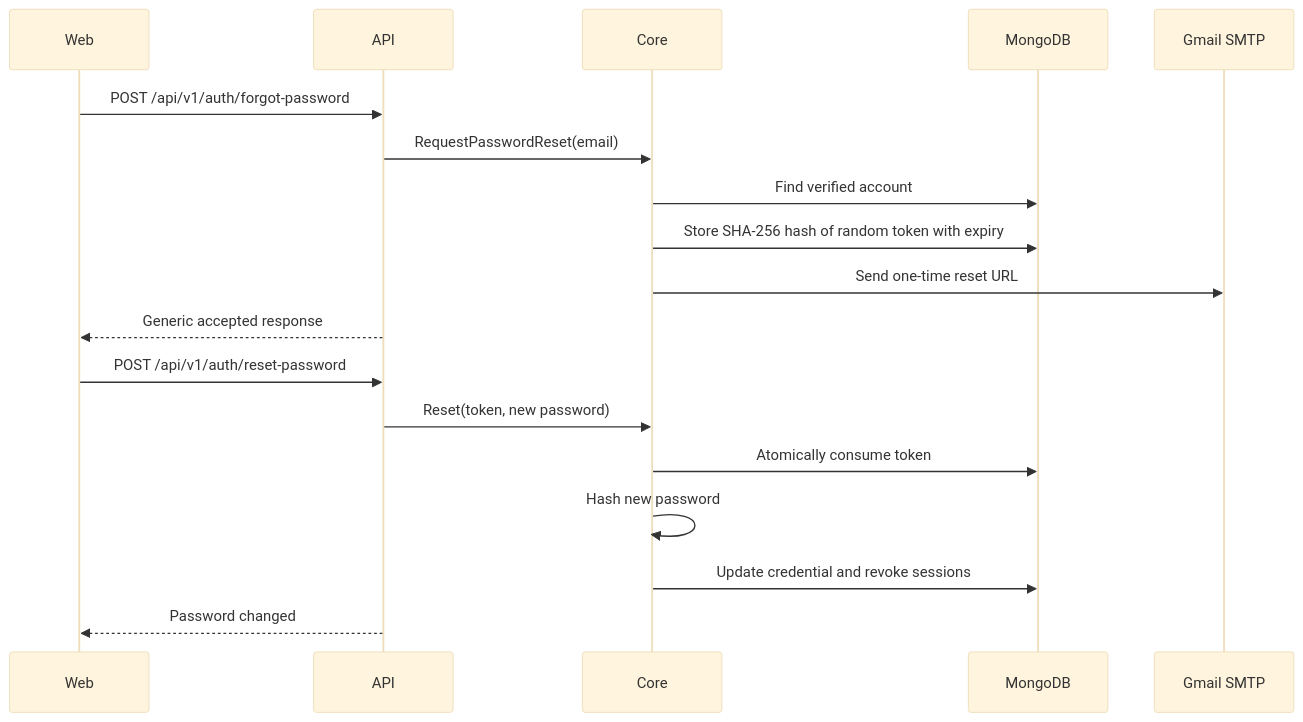
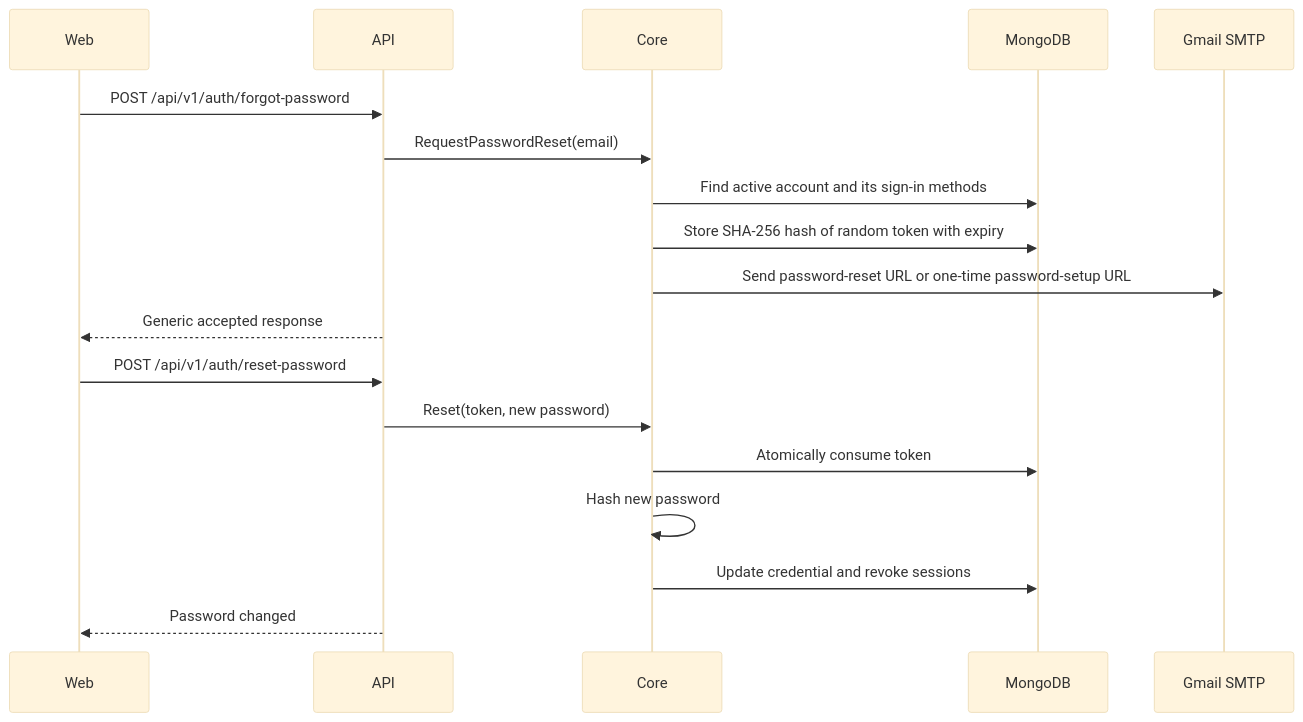
One commit to architsangal/AteThat changed the fourth of 5 diagrams in docs/3. SYSTEM_DESIGN.md. Above: the diagram before and after it, drawn with Mermaid (base theme). The commit also changed other lines of this file and 28 other files, not shown here.

````diff
--- a/docs/3. SYSTEM_DESIGN.md
+++ b/docs/3. SYSTEM_DESIGN.md
@@ -403,21 +403,21 @@
 ```mermaid
 sequenceDiagram
     participant Web
     participant API
     participant Core
     participant DB as MongoDB
     participant Mail as Gmail SMTP
 
     Web->>API: POST /api/v1/auth/forgot-password
     API->>Core: RequestPasswordReset(email)
-    Core->>DB: Find verified account
+    Core->>DB: Find active account and its sign-in methods
     Core->>DB: Store SHA-256 hash of random token with expiry
-    Core->>Mail: Send one-time reset URL
+    Core->>Mail: Send password-reset URL or one-time password-setup URL
     API-->>Web: Generic accepted response
     Web->>API: POST /api/v1/auth/reset-password
     API->>Core: Reset(token, new password)
     Core->>DB: Atomically consume token
     Core->>Core: Hash new password
     Core->>DB: Update credential and revoke sessions
     API-->>Web: Password changed
 ```
````
